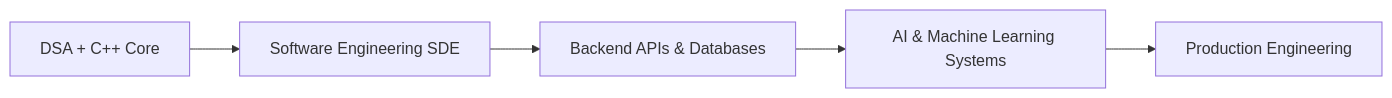
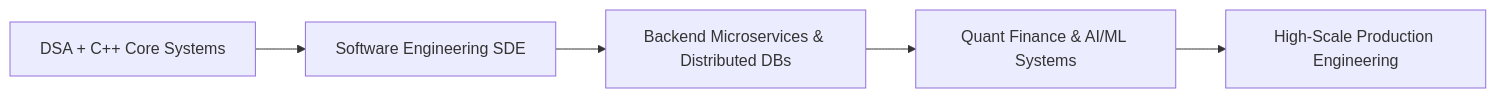
One commit to tanmay-alpha/tanmay-alpha changed the diagram in README.md. Above: the diagram before and after it, drawn with Mermaid. The commit also changed other lines of this file, not shown here.

````diff
--- a/README.md
+++ b/README.md
@@ -324,7 +393,7 @@
 ```mermaid
 flowchart LR
-    A[DSA + C++ Core] --> B[Software Engineering SDE]
-    B --> C[Backend APIs & Databases]
-    C --> D[AI & Machine Learning Systems]
-    D --> E[Production Engineering]
+    A[DSA + C++ Core Systems] --> B[Software Engineering SDE]
+    B --> C[Backend Microservices & Distributed DBs]
+    C --> D[Quant Finance & AI/ML Systems]
+    D --> E[High-Scale Production Engineering]
 ```
````
